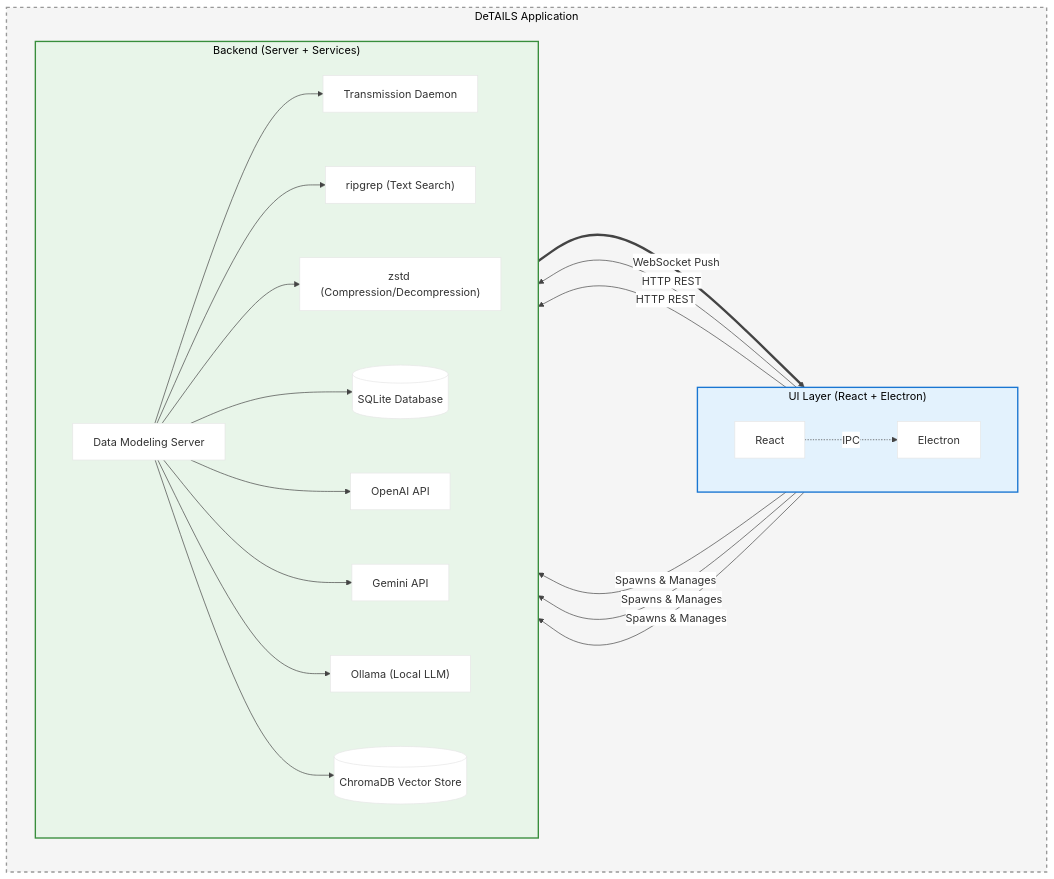
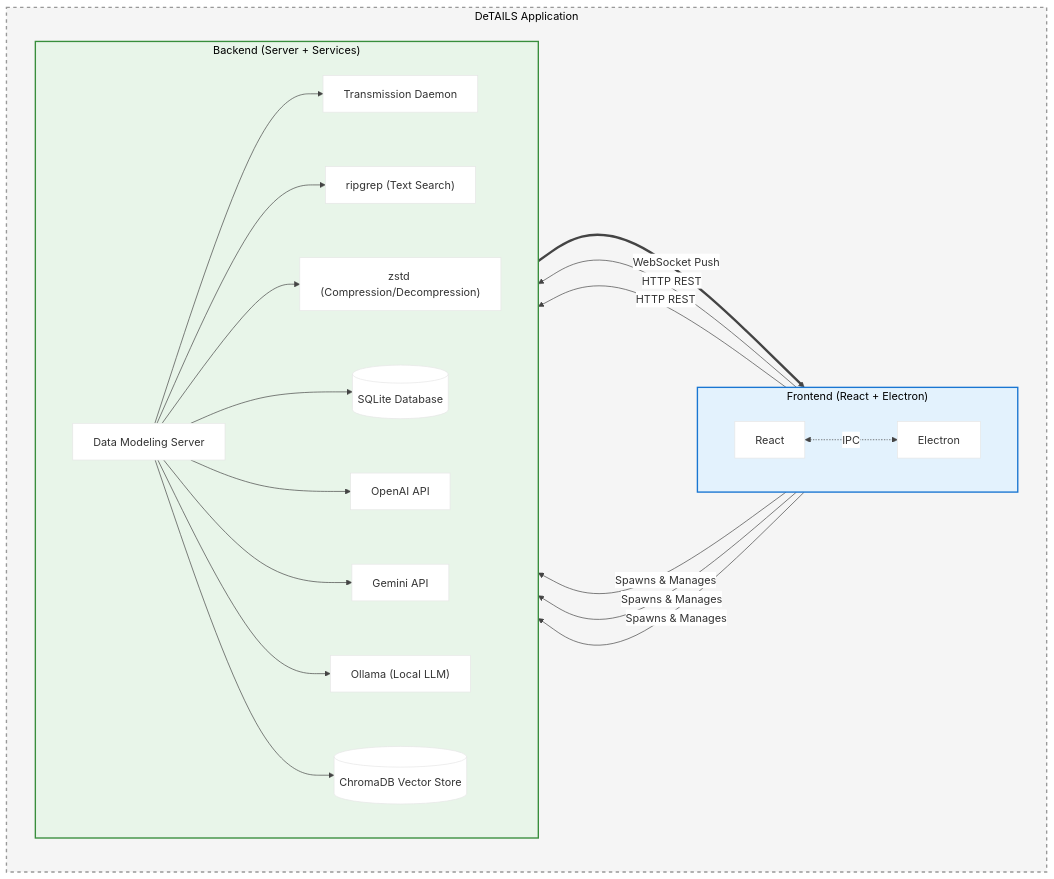
The diagram in README.md (DaemonOnCode/DeTAILS), drawn with Mermaid before and after one commit. The commit also changed other lines of this file and 36 other files, not shown here.

````diff
--- a/README.md
+++ b/README.md
@@ -64,68 +64,68 @@
 ```mermaid
 %%{init:{
   "theme":"base",
   "themeVariables":{
     "background":"#fafafa",
     "primaryColor":"#ffffff",
     "clusterBkg":"#f8f9fa",
     "clusterBorder":"#cccccc",
     "edgeLabelBackground":"#ffffff",
     "lineColor":"#444444",
     "arrowheadColor":"#444444"
   },
   "flowchart":{
     "nodeSpacing":80,
     "rankSpacing":60
   }
 }}%%
 flowchart LR
   subgraph App["DeTAILS Application"]
     style App fill:#f5f5f5,stroke:#999999,stroke-width:2px,stroke-dasharray:5 5
     direction LR
 
-    subgraph UI["UI Layer (React + Electron)"]
+    subgraph UI["Frontend (React + Electron)"]
       style UI fill:#e3f2fd,stroke:#1976d2,stroke-width:2px
       direction LR
 
       R["React"]
       E["Electron"]
 
-      R -. IPC .-> E
+      R <-. IPC .-> E
     end
 
     subgraph BE["Backend (Server + Services)"]
       style BE fill:#e8f5e9,stroke:#388e3c,stroke-width:2px
       direction LR
 
       F["Data Modeling Server"]
       Transmission["Transmission Daemon"]
       Ollama["Ollama (Local LLM)"]
       ripgrep["ripgrep (Text Search)"]
       zstd["zstd (Compression/Decompression)"]
       OpenAI["OpenAI API"]
       Gemini["Gemini API"]
 
       %% Datastores as cylinders %%
       SQLite[("SQLite Database")]
       ChromaDB[("ChromaDB Vector Store")]
     end
 
     %% Cross‑cluster interactions %%
     R -->|HTTP REST| F
     E -->|HTTP REST| F
     E -->|Spawns & Manages| F
     E -->|Spawns & Manages| Ollama
     E -->|Spawns & Manages| ChromaDB
 
     F --> Transmission
     F --> ripgrep
     F --> zstd
     F --> SQLite
     F --> OpenAI
     F --> Gemini
     F --> Ollama
     F --> ChromaDB
 
     F ==>|WebSocket Push| E
   end
 ```
````
